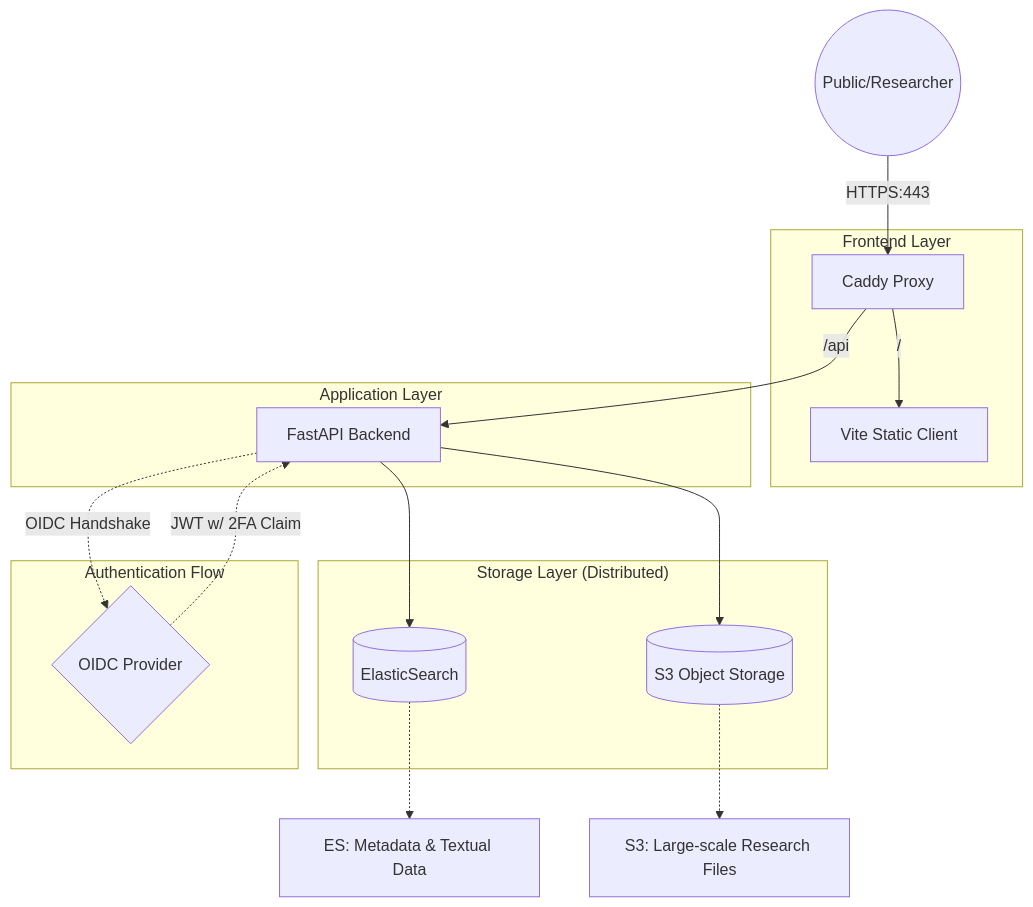
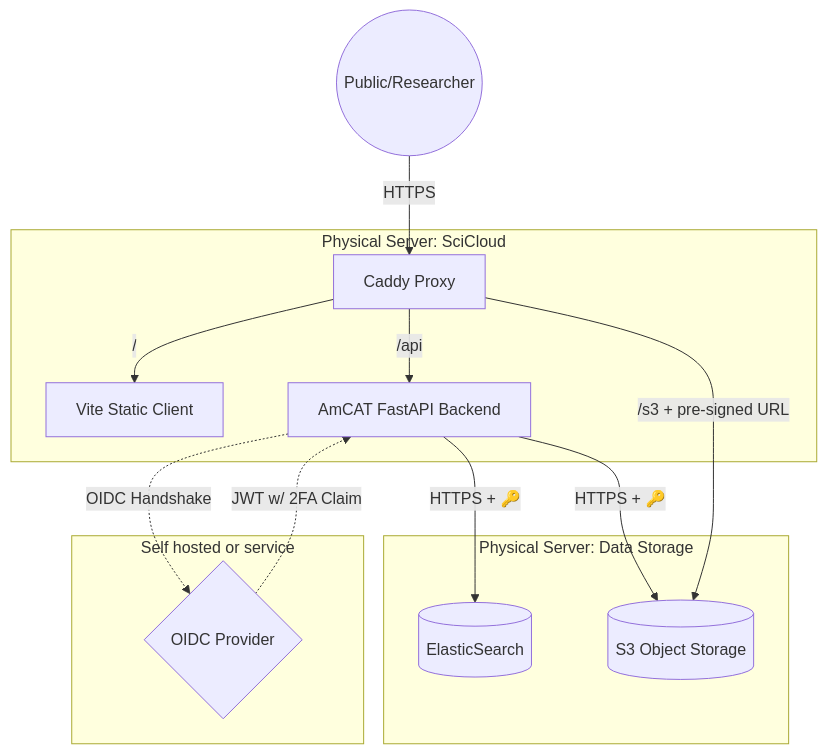
Before and after one commit to kasperwelbers/societal-analytics-lab-infra: the diagram in docs/amcat.md, drawn with Mermaid. The commit also changed other lines of this file and 1 other file, not shown here.

Commit message:
ok setup

````diff
--- a/docs/amcat.md
+++ b/docs/amcat.md
@@ -7,27 +7,22 @@
 ```mermaid
 graph TD
-    User((Public/Researcher)) -->|HTTPS:443| Caddy[Caddy Proxy]
+    User((Public/Researcher)) -->|HTTPS| Caddy[Caddy Proxy]
     
-    subgraph "Frontend Layer"
+    subgraph SciCloud [Physical Server: SciCloud]
         Caddy -->|/| Vite[Vite Static Client]
+        Caddy -->|/api| FastAPI[AmCAT FastAPI Backend]
     end
 
-    subgraph "Application Layer"
-        Caddy -->|/api| FastAPI[FastAPI Backend]
-    end
-    
-    subgraph "Storage Layer (Distributed)"
-        FastAPI --> ES[(ElasticSearch)]
-        FastAPI --> S3[(S3 Object Storage)]
+    subgraph Storage [Physical Server: Data Storage]
+        FastAPI -->|HTTPS + 🔑| ES[(ElasticSearch)]
+        FastAPI -->|HTTPS + 🔑| S3[(S3 Object Storage)]
     end
 
-    subgraph "Authentication Flow"
+    subgraph Auth [Self hosted or service]
         FastAPI -.->|OIDC Handshake| IdP{OIDC Provider}
         IdP -.->|JWT w/ 2FA Claim| FastAPI
     end
     
-    note1[ES: Metadata & Textual Data]
-    note2[S3: Large-scale Research Files]
-    ES -.-> note1
-    S3 -.-> note2
+    %% Connections for direct S3 access mentioned earlier
+    Caddy -->|/s3 + pre-signed URL| S3
 ```
````
